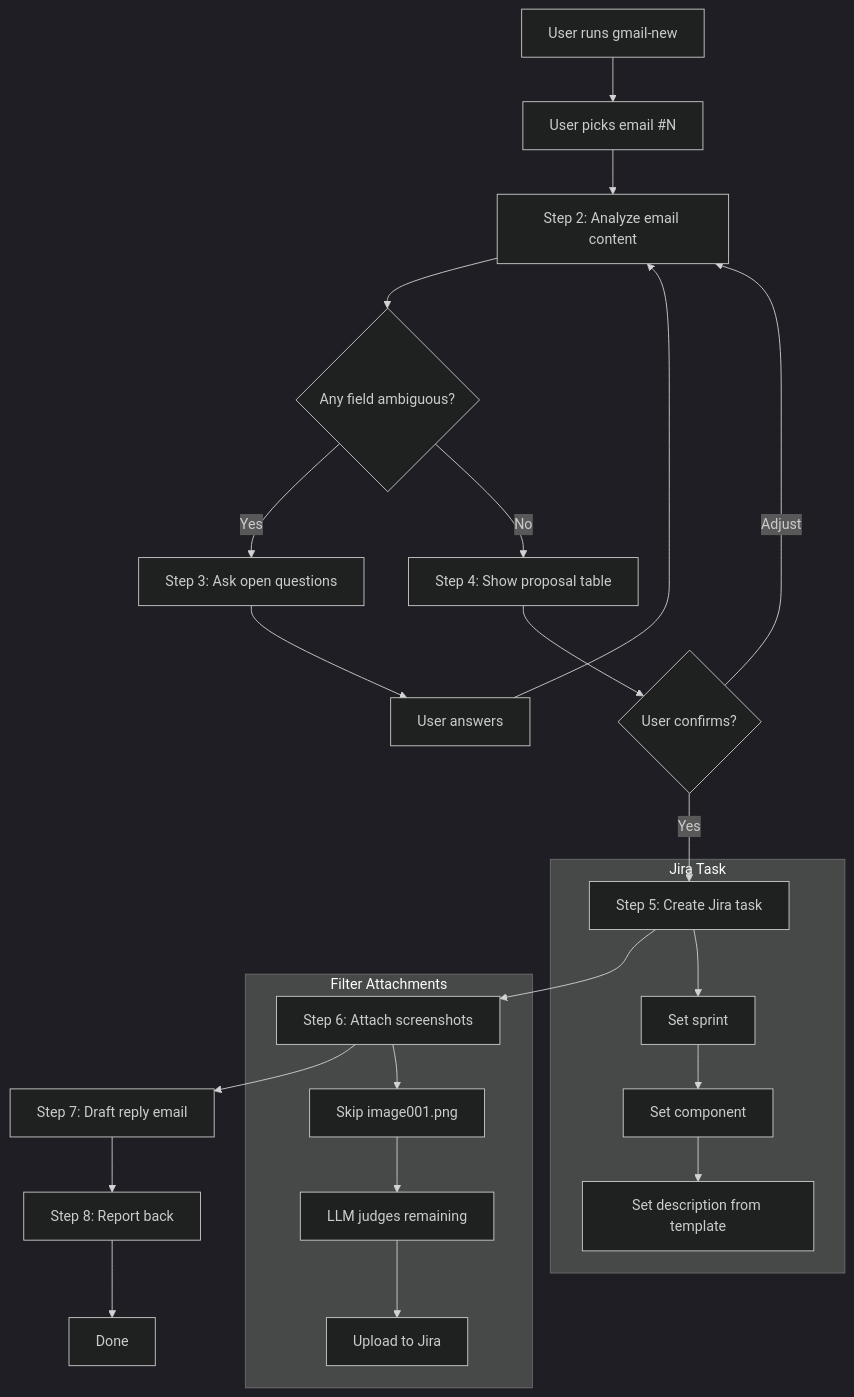
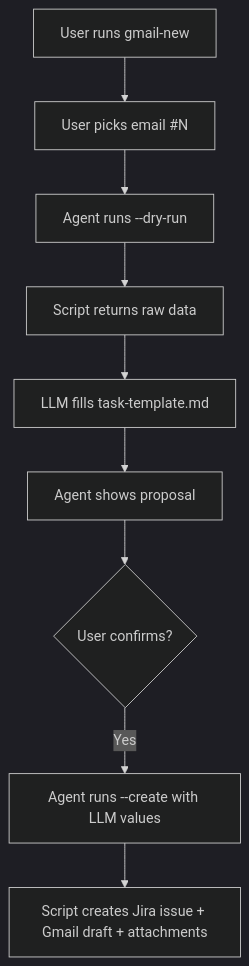
One commit to manpham-saritasa/devflow changed the second of 2 diagrams in .ai/plugins/gmailflow/skills/gmail-jira/README.md. Above: the diagram before and after it, drawn with Mermaid (dark theme). The commit also changed other lines of this file and 10 other files, not shown here.

Commit message:
Add reply-all, description-file fallback, and update docs KEY-22

````diff
--- a/.ai/plugins/gmailflow/skills/gmail-jira/README.md
+++ b/.ai/plugins/gmailflow/skills/gmail-jira/README.md
@@ -7,31 +40,11 @@
 ```mermaid
 flowchart TD
     A[User runs gmail-new] --> B[User picks email #N]
-    B --> C[Step 2: Analyze email content]
-    C --> D{Any field ambiguous?}
-    D -->|Yes| E[Step 3: Ask open questions]
-    E --> F[User answers]
-    F --> C
-    D -->|No| G[Step 4: Show proposal table]
-    G --> H{User confirms?}
-    H -->|Adjust| C
-    H -->|Yes| I[Step 5: Create Jira task]
-    I --> J[Step 6: Attach screenshots]
-    J --> K[Step 7: Draft reply email]
-    K --> L[Step 8: Report back]
-    L --> M[Done]
-
-    subgraph Jira Task
-        I1[Set sprint]
-        I2[Set component]
-        I3[Set description from template]
-        I --> I1 --> I2 --> I3
-    end
-
-    subgraph Filter Attachments
-        J1[Skip image001.png]
-        J2[LLM judges remaining]
-        J3[Upload to Jira]
-        J --> J1 --> J2 --> J3
-    end
+    B --> C[Agent runs --dry-run]
+    C --> D[Script returns raw data]
+    D --> E[LLM fills task-template.md]
+    E --> F[Agent shows proposal]
+    F --> G{User confirms?}
+    G -->|Yes| H[Agent runs --create with LLM values]
+    H --> I[Script creates Jira issue + Gmail draft + attachments]
 ```
````
